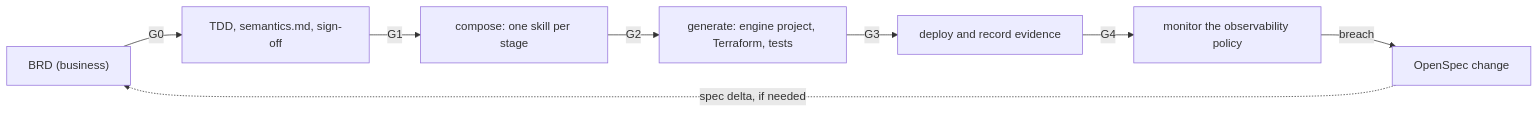
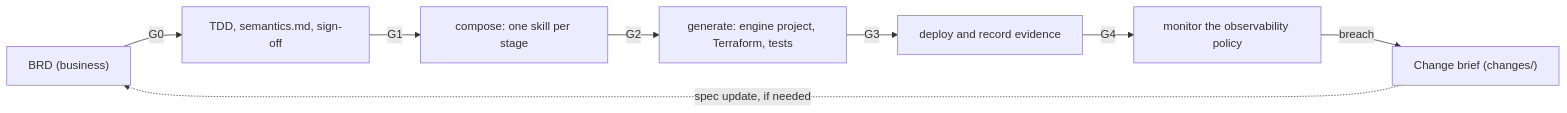
Before and after one commit to MattATurner/data-product-framework: the first of 2 diagrams in docs/user-guide.md, drawn with Mermaid. The commit also changed other lines of this file and 84 other files, not shown here.

````diff
--- a/docs/user-guide.md
+++ b/docs/user-guide.md
@@ -48,10 +48,10 @@
 ```mermaid
 flowchart LR
   BRD["BRD (business)"] -->|G0| TDD["TDD, semantics.md, sign-off"]
   TDD -->|G1| CMP["compose: one skill per stage"]
   CMP -->|G2| GEN["generate: engine project, Terraform, tests"]
   GEN -->|G3| EVD["deploy and record evidence"]
   EVD -->|G4| MON["monitor the observability policy"]
-  MON -->|breach| CHG["OpenSpec change"]
-  CHG -.->|"spec delta, if needed"| BRD
+  MON -->|breach| CHG["Change brief (changes/)"]
+  CHG -.->|"spec update, if needed"| BRD
 ```
````
